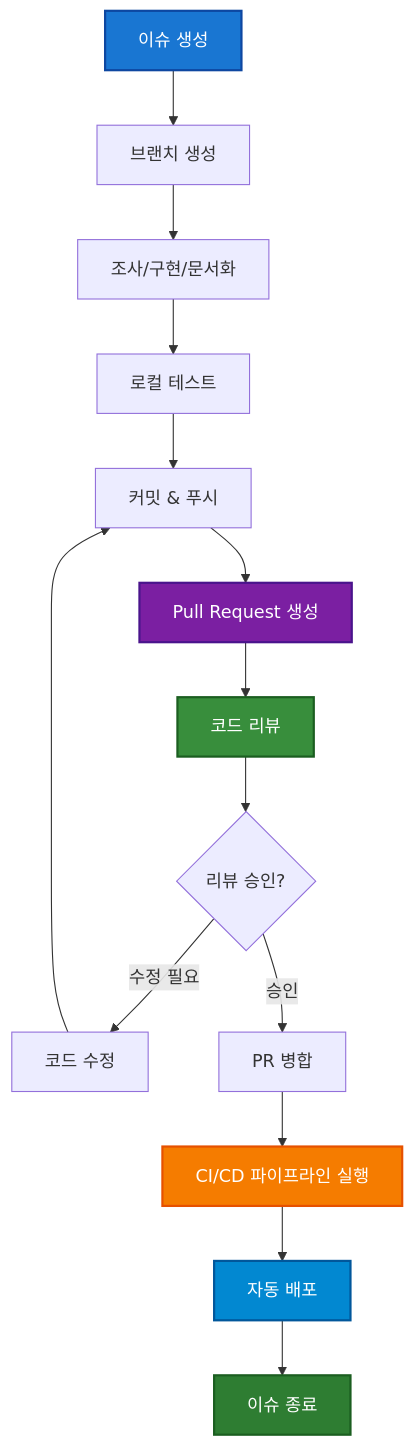
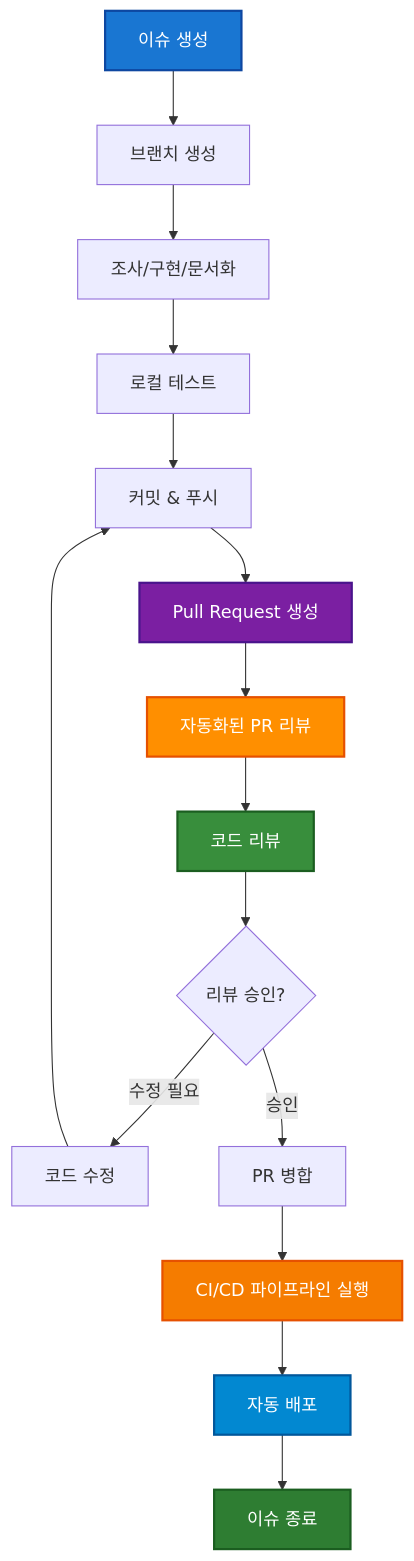
Before and after one commit to Hands-On-Vibe-Coding/handson-vibecoding-demo: the first of 15 diagrams in docs/design/workflow.md, drawn with Mermaid. The commit also changed other lines of this file, not shown here.

````diff
--- a/docs/design/workflow.md
+++ b/docs/design/workflow.md
@@ -9,23 +9,25 @@
 ```mermaid
 graph TD
     A[이슈 생성] --> B[브랜치 생성]
     B --> C[조사/구현/문서화]
     C --> D[로컬 테스트]
     D --> E[커밋 & 푸시]
     E --> F[Pull Request 생성]
-    F --> G[코드 리뷰]
-    G --> H{리뷰 승인?}
-    H -->|수정 필요| I[코드 수정]
-    H -->|승인| J[PR 병합]
-    I --> E
-    J --> K[CI/CD 파이프라인 실행]
-    K --> L[자동 배포]
-    L --> M[이슈 종료]
+    F --> G[자동화된 PR 리뷰]
+    G --> H[코드 리뷰]
+    H --> I{리뷰 승인?}
+    I -->|수정 필요| J[코드 수정]
+    I -->|승인| K[PR 병합]
+    J --> E
+    K --> L[CI/CD 파이프라인 실행]
+    L --> M[자동 배포]
+    M --> N[이슈 종료]
     
     style A fill:#1976d2,stroke:#0d47a1,stroke-width:2px,color:#fff
     style F fill:#7b1fa2,stroke:#4a148c,stroke-width:2px,color:#fff
-    style G fill:#388e3c,stroke:#1b5e20,stroke-width:2px,color:#fff
-    style K fill:#f57c00,stroke:#e65100,stroke-width:2px,color:#fff
-    style L fill:#0288d1,stroke:#01579b,stroke-width:2px,color:#fff
-    style M fill:#2e7d32,stroke:#1b5e20,stroke-width:2px,color:#fff
+    style G fill:#ff8f00,stroke:#e65100,stroke-width:2px,color:#fff
+    style H fill:#388e3c,stroke:#1b5e20,stroke-width:2px,color:#fff
+    style L fill:#f57c00,stroke:#e65100,stroke-width:2px,color:#fff
+    style M fill:#0288d1,stroke:#01579b,stroke-width:2px,color:#fff
+    style N fill:#2e7d32,stroke:#1b5e20,stroke-width:2px,color:#fff
 ```
````
